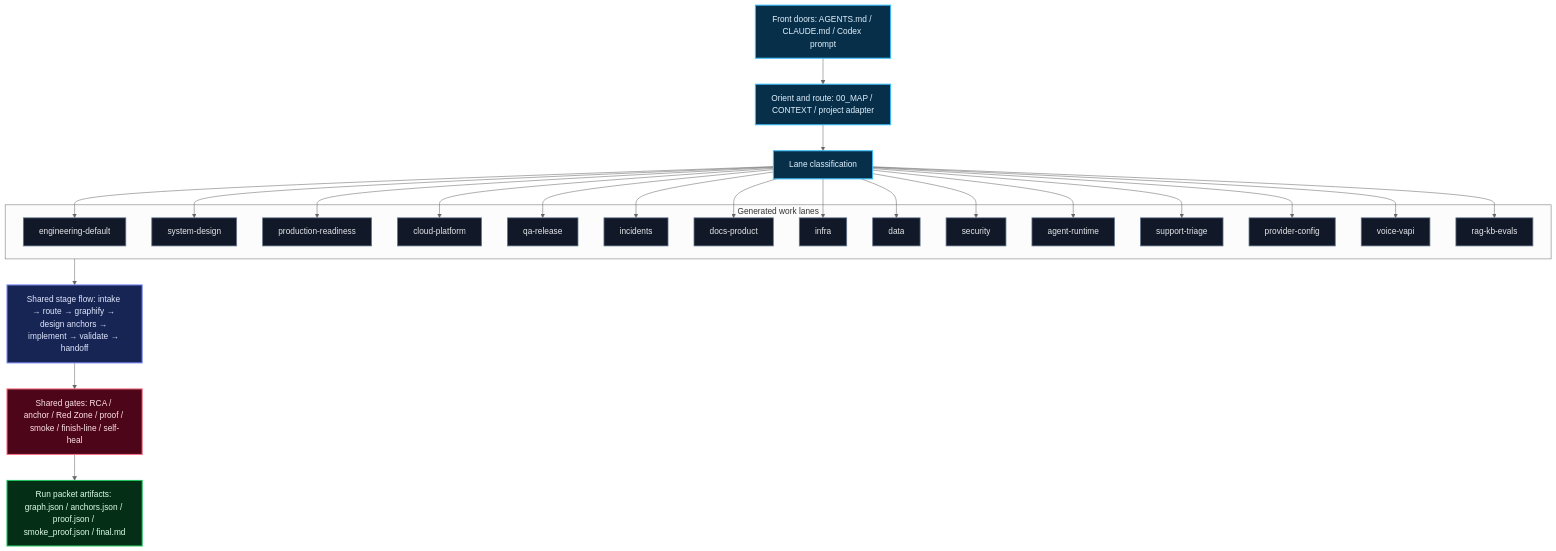
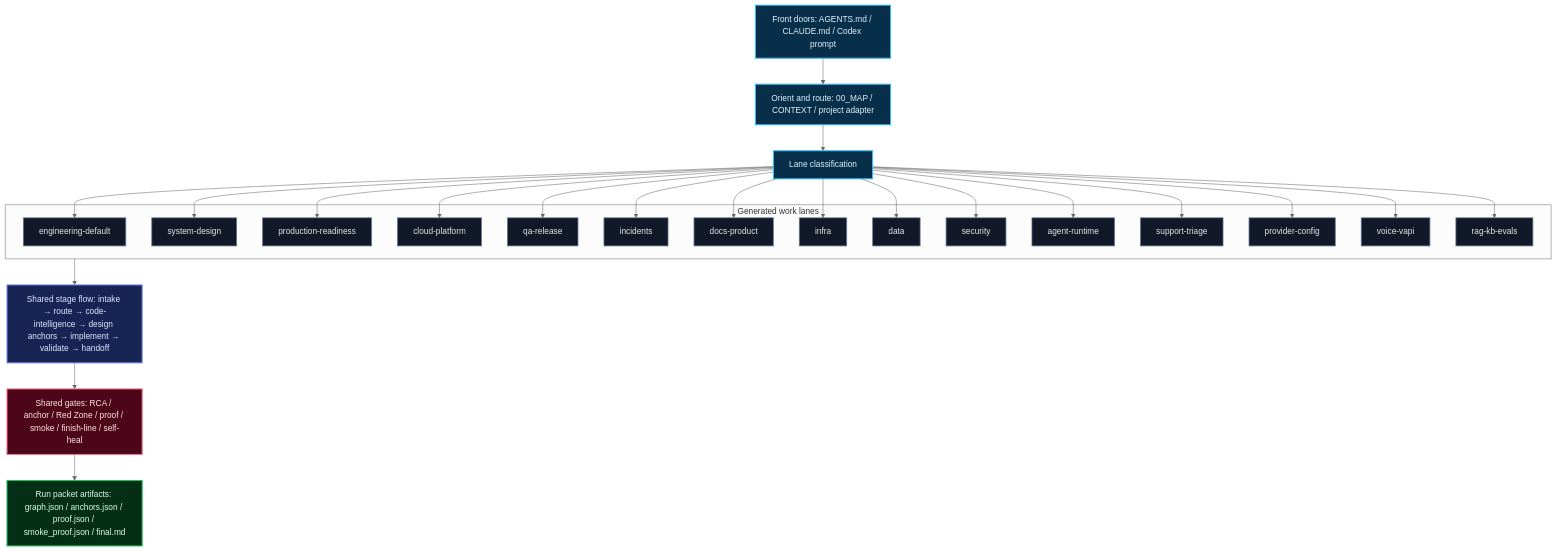
Before and after one commit to nickcarmonadigital/valdris-sdlc-harness: the third of 6 diagrams in docs/REPO_MERMAID_MAPS.md, drawn with Mermaid (neutral theme). The commit also changed other lines of this file and 62 other files, not shown here.

First line of the commit message:
fix: make GitNexus code intelligence canonical

````diff
--- a/docs/REPO_MERMAID_MAPS.md
+++ b/docs/REPO_MERMAID_MAPS.md
@@ -216,55 +216,55 @@
 ```mermaid
 flowchart TB
   classDef orient fill:#082f49,stroke:#38bdf8,color:#e0f2fe,stroke-width:2px
   classDef lane fill:#111827,stroke:#64748b,color:#e5e7eb,stroke-width:1.5px
   classDef core fill:#172554,stroke:#818cf8,color:#e0e7ff,stroke-width:2px
   classDef gate fill:#4c0519,stroke:#fb7185,color:#ffe4e6,stroke-width:2px
   classDef artifact fill:#052e16,stroke:#22c55e,color:#dcfce7,stroke-width:2px
 
   FD["Front doors: AGENTS.md / CLAUDE.md / Codex prompt"] --> ORIENT["Orient and route: 00_MAP / CONTEXT / project adapter"]
   ORIENT --> CLASSIFY["Lane classification"]
 
   subgraph LANES["Generated work lanes"]
     ENG["engineering-default"]
     DESIGN["system-design"]
     PROD["production-readiness"]
     CLOUD["cloud-platform"]
     QA["qa-release"]
     INCIDENT["incidents"]
     DOCS["docs-product"]
     INFRA["infra"]
     DATA["data"]
     SECURITY["security"]
     RUNTIME["agent-runtime"]
     SUPPORT["support-triage"]
     PROVIDER["provider-config"]
     VOICE["voice-vapi"]
     RAG["rag-kb-evals"]
   end
 
   CLASSIFY --> ENG
   CLASSIFY --> DESIGN
   CLASSIFY --> PROD
   CLASSIFY --> CLOUD
   CLASSIFY --> QA
   CLASSIFY --> INCIDENT
   CLASSIFY --> DOCS
   CLASSIFY --> INFRA
   CLASSIFY --> DATA
   CLASSIFY --> SECURITY
   CLASSIFY --> RUNTIME
   CLASSIFY --> SUPPORT
   CLASSIFY --> PROVIDER
   CLASSIFY --> VOICE
   CLASSIFY --> RAG
 
-  LANES --> STAGES["Shared stage flow: intake → route → graphify → design anchors → implement → validate → handoff"]
+  LANES --> STAGES["Shared stage flow: intake → route → code-intelligence → design anchors → implement → validate → handoff"]
   STAGES --> GATES["Shared gates: RCA / anchor / Red Zone / proof / smoke / finish-line / self-heal"]
   GATES --> ARTIFACTS["Run packet artifacts: graph.json / anchors.json / proof.json / smoke_proof.json / final.md"]
 
   class FD,ORIENT,CLASSIFY orient
   class ENG,DESIGN,PROD,CLOUD,QA,INCIDENT,DOCS,INFRA,DATA,SECURITY,RUNTIME,SUPPORT,PROVIDER,VOICE,RAG lane
   class STAGES core
   class GATES gate
   class ARTIFACTS artifact
 ```
````
